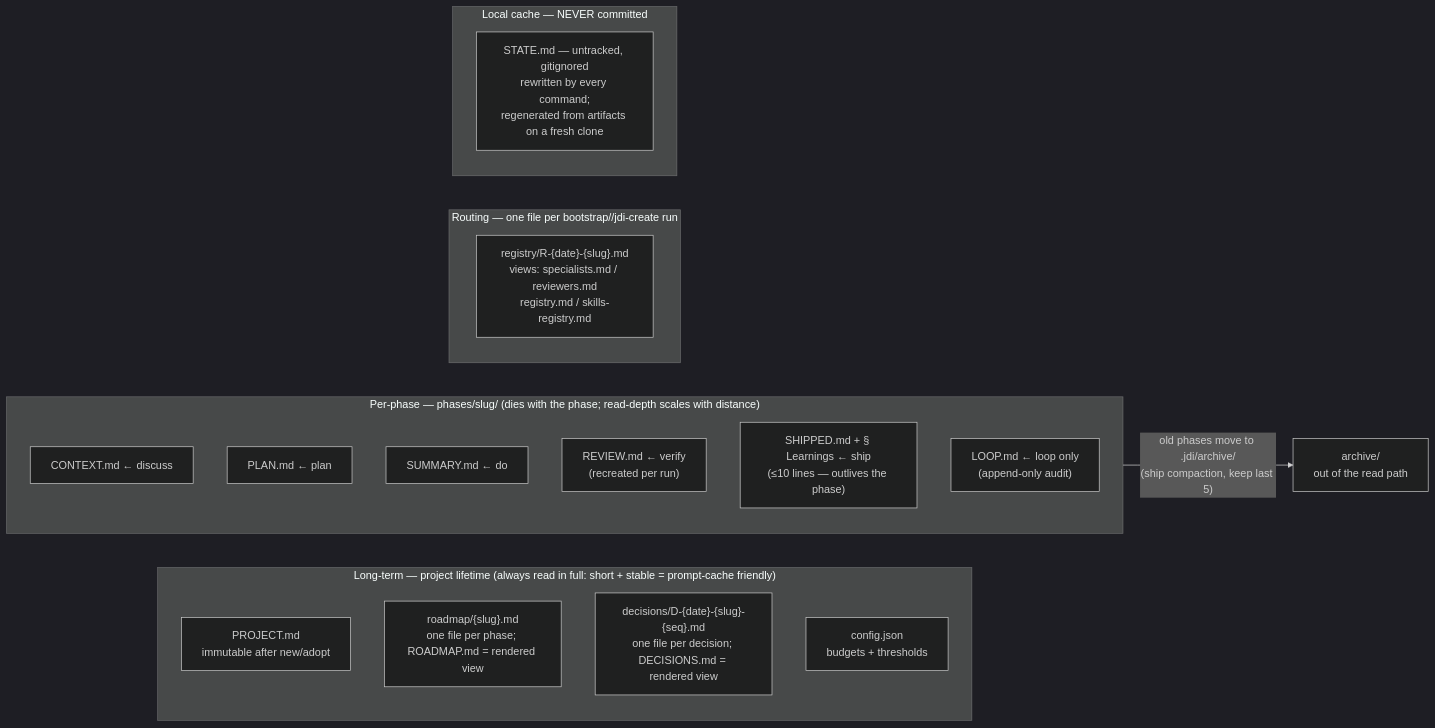
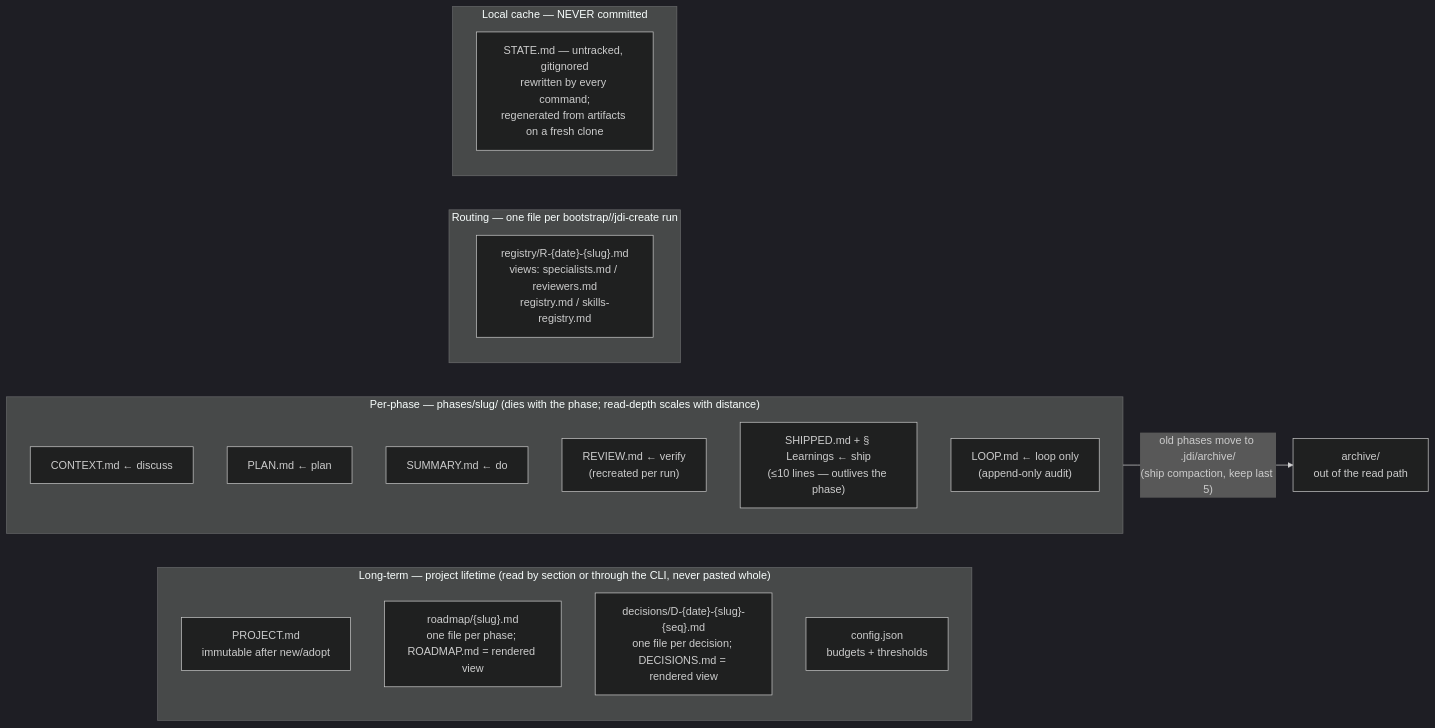
One commit to slipalison/jdi-cli changed the third of 4 diagrams in README.md. Above: the diagram before and after it, drawn with Mermaid (dark theme). The commit also changed other lines of this file and 193 other files, not shown here.

````diff
--- a/README.md
+++ b/README.md
@@ -219,28 +219,28 @@
 ```mermaid
 flowchart LR
-    subgraph LT["Long-term — project lifetime (always read in full: short + stable = prompt-cache friendly)"]
+    subgraph LT["Long-term — project lifetime (read by section or through the CLI, never pasted whole)"]
         PROJECT["PROJECT.md<br/>immutable after new/adopt"]
         ROADMAP["roadmap/{slug}.md<br/>one file per phase; ROADMAP.md = rendered view"]
         DECISIONS["decisions/D-{date}-{slug}-{seq}.md<br/>one file per decision; DECISIONS.md = rendered view"]
         CONFIG["config.json<br/>budgets + thresholds"]
     end
 
     subgraph PH["Per-phase — phases/slug/ (dies with the phase; read-depth scales with distance)"]
         CONTEXT["CONTEXT.md ← discuss"]
         PLAN["PLAN.md ← plan"]
         SUMMARY["SUMMARY.md ← do"]
         REVIEW["REVIEW.md ← verify<br/>(recreated per run)"]
         SHIPPED["SHIPPED.md + § Learnings ← ship<br/>(≤10 lines — outlives the phase)"]
         LOOPMD["LOOP.md ← loop only<br/>(append-only audit)"]
     end
 
     subgraph ROUTE["Routing — one file per bootstrap//jdi-create run"]
         SPEC["registry/R-{date}-{slug}.md<br/>views: specialists.md / reviewers.md<br/>registry.md / skills-registry.md"]
     end
 
     subgraph LOCAL["Local cache — NEVER committed"]
         STATE["STATE.md — untracked, gitignored<br/>rewritten by every command;<br/>regenerated from artifacts on a fresh clone"]
     end
 
     PH -- "old phases move to .jdi/archive/<br/>(ship compaction, keep last 5)" --> ARCH["archive/<br/>out of the read path"]
 ```
````
